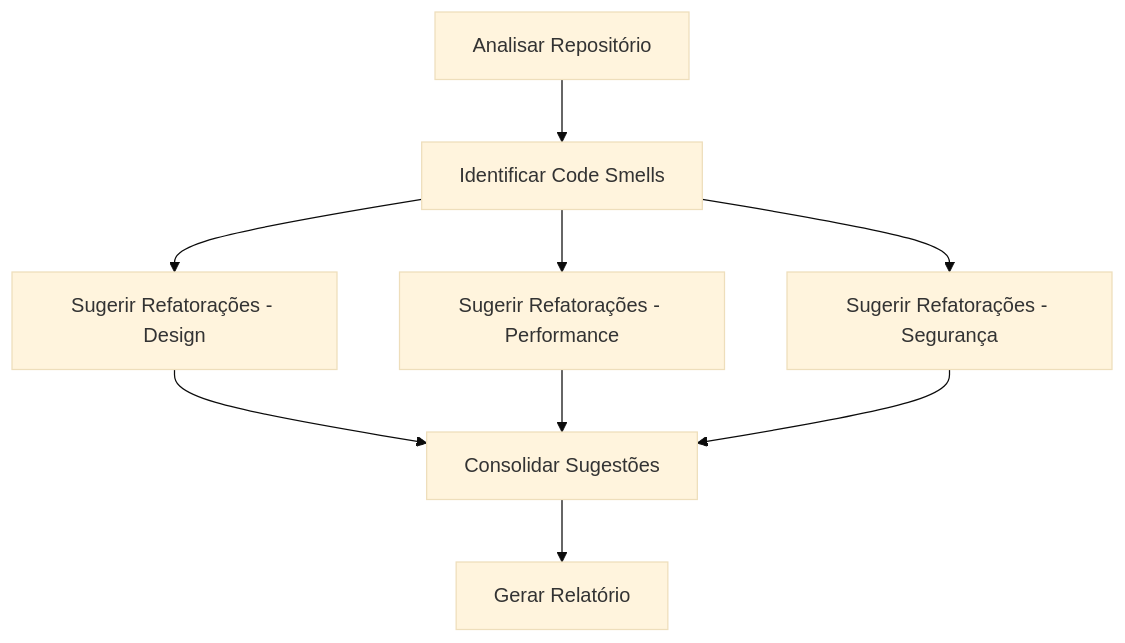
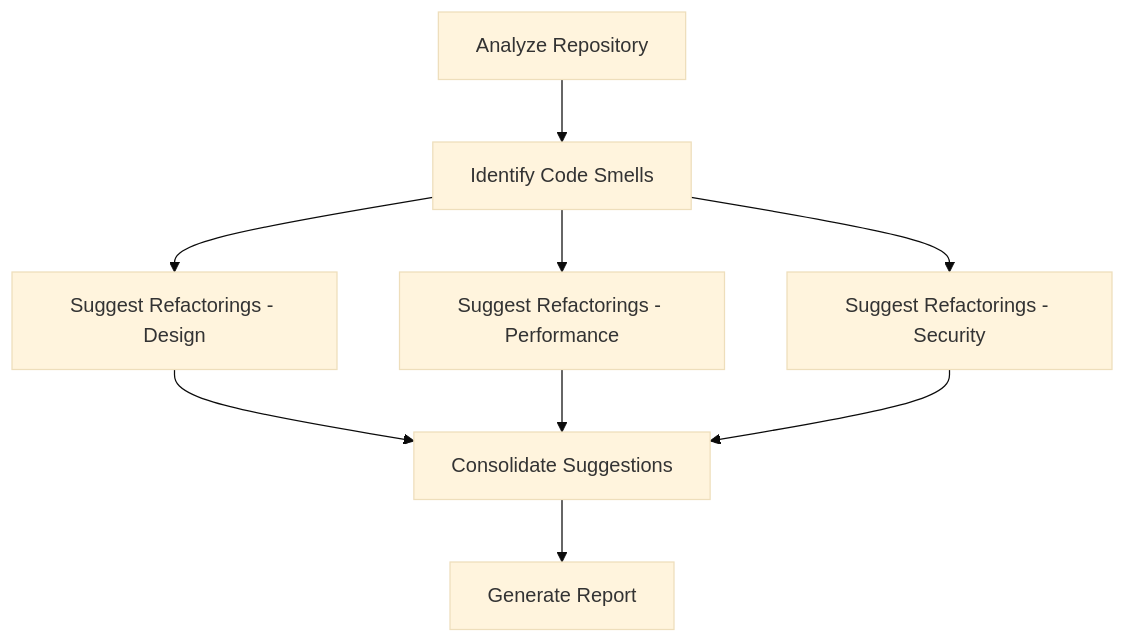
The diagram in skills/agent-orchestration/examples/multi-agent-decomposition.md (lscheffel/ignite-agents-skills), drawn with Mermaid (base theme) before and after one commit. The commit also changed other lines of this file and 1024 other files, not shown here.

````diff
--- a/skills/agent-orchestration/examples/multi-agent-decomposition.md
+++ b/skills/agent-orchestration/examples/multi-agent-decomposition.md
@@ -11,11 +11,11 @@
 ```mermaid
 graph TD
-    A[Analisar Repositório] --> B[Identificar Code Smells]
-    B --> C1[Sugerir Refatorações - Design]
-    B --> C2[Sugerir Refatorações - Performance]
-    B --> C3[Sugerir Refatorações - Segurança]
-    C1 --> D[Consolidar Sugestões]
+    A[Analyze Repository] --> B[Identify Code Smells]
+    B --> C1[Suggest Refactorings - Design]
+    B --> C2[Suggest Refactorings - Performance]
+    B --> C3[Suggest Refactorings - Security]
+    C1 --> D[Consolidate Suggestions]
     C2 --> D
     C3 --> D
-    D --> E[Gerar Relatório]
+    D --> E[Generate Report]
 ```
````
